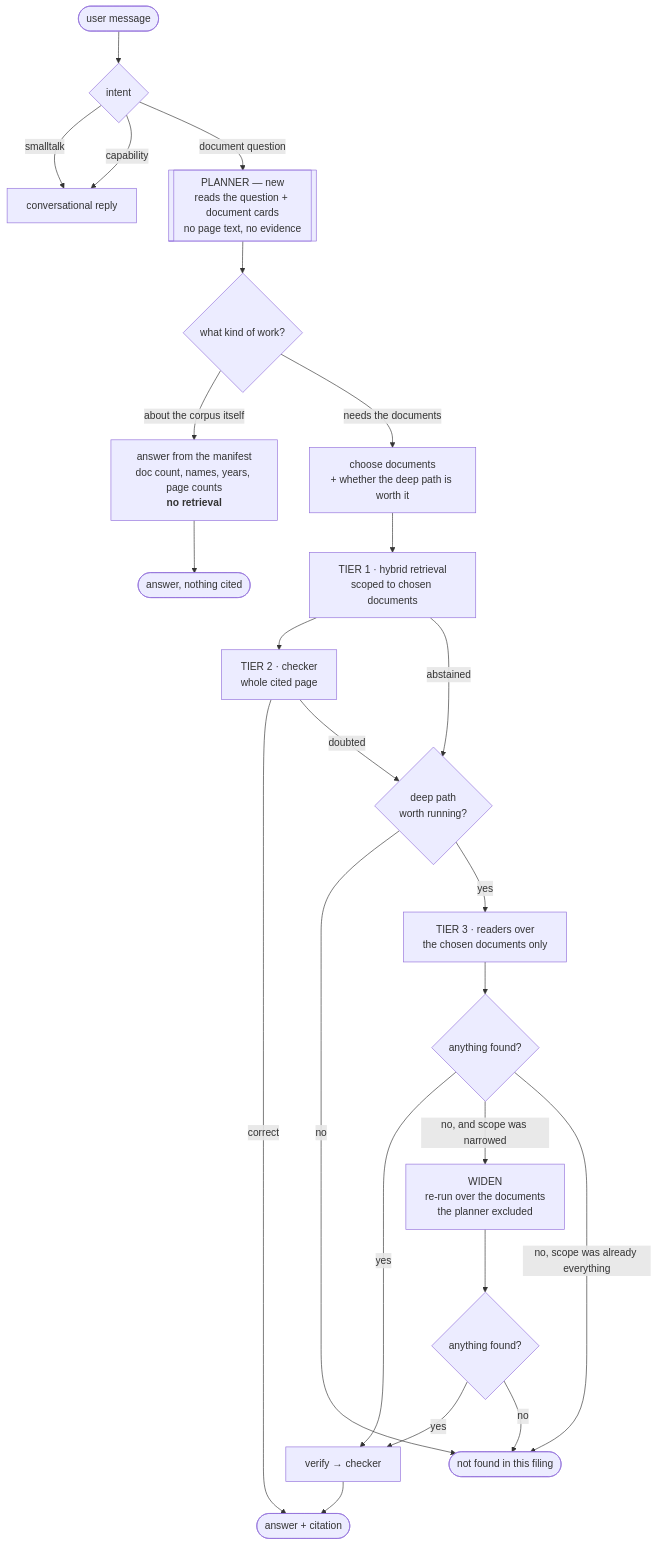
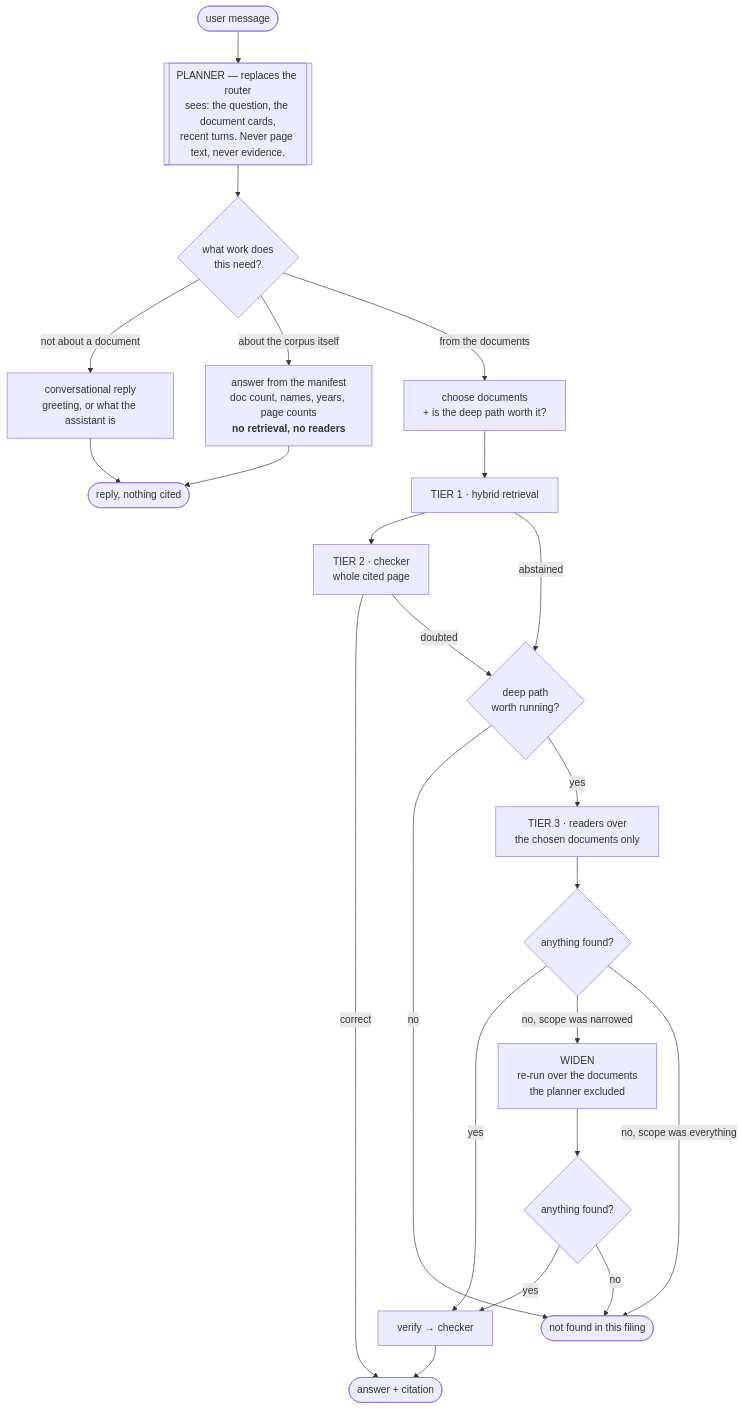
Before and after one commit to shivrajansingh/analyst-copilot: the diagram in docs/19-planner-agent.md, drawn with Mermaid. The commit also changed other lines of this file, not shown here.

````diff
--- a/docs/19-planner-agent.md
+++ b/docs/19-planner-agent.md
@@ -118,36 +143,33 @@
 ```mermaid
 flowchart TD
-    MSG([user message]) --> ROUTE{intent}
+    MSG([user message]) --> PLAN
 
-    ROUTE -->|smalltalk| CONV[conversational reply]
-    ROUTE -->|capability| CONV
-    ROUTE -->|document question| PLAN
+    PLAN[["PLANNER — replaces the router<br/>sees: the question, the document cards,<br/>recent turns. Never page text, never evidence."]]
 
-    PLAN[["PLANNER — new<br/>reads the question + document cards<br/>no page text, no evidence"]]
+    PLAN --> KIND{what work does<br/>this need?}
 
-    PLAN --> KIND{what kind of work?}
+    KIND -->|not about a document| CONV["conversational reply<br/>greeting, or what the assistant is"]
+    KIND -->|about the corpus itself| META["answer from the manifest<br/>doc count, names, years, page counts<br/><b>no retrieval, no readers</b>"]
+    KIND -->|from the documents| SCOPE["choose documents<br/>+ is the deep path worth it?"]
 
-    KIND -->|about the corpus itself| META["answer from the manifest<br/>doc count, names, years, page counts<br/><b>no retrieval</b>"]
-    KIND -->|needs the documents| SCOPE["choose documents<br/>+ whether the deep path is worth it"]
-
-    SCOPE --> T1[TIER 1 · hybrid retrieval<br/>scoped to chosen documents]
+    SCOPE --> T1[TIER 1 · hybrid retrieval]
     T1 --> T2[TIER 2 · checker<br/>whole cited page]
     T2 -->|correct| DONE([answer + citation])
     T2 -->|doubted| GATE
+    T1 -->|abstained| GATE
 
-    T1 -->|abstained| GATE
     GATE{deep path<br/>worth running?}
     GATE -->|no| ABSTAIN([not found in this filing])
     GATE -->|yes| T3[TIER 3 · readers over<br/>the chosen documents only]
 
     T3 --> FOUND{anything found?}
-    FOUND -->|yes| VERIFY[verify → checker]
-    VERIFY --> DONE
-    FOUND -->|no, and scope was narrowed| WIDEN["WIDEN<br/>re-run over the documents<br/>the planner excluded"]
+    FOUND -->|yes| VERIFY[verify → checker] --> DONE
+    FOUND -->|no, scope was narrowed| WIDEN["WIDEN<br/>re-run over the documents<br/>the planner excluded"]
     WIDEN --> FOUND2{anything found?}
     FOUND2 -->|yes| VERIFY
     FOUND2 -->|no| ABSTAIN
-    FOUND -->|no, scope was already everything| ABSTAIN
+    FOUND -->|no, scope was everything| ABSTAIN
 
-    META --> DONE2([answer, nothing cited])
+    CONV --> DONE2([reply, nothing cited])
+    META --> DONE2
 ```
````
